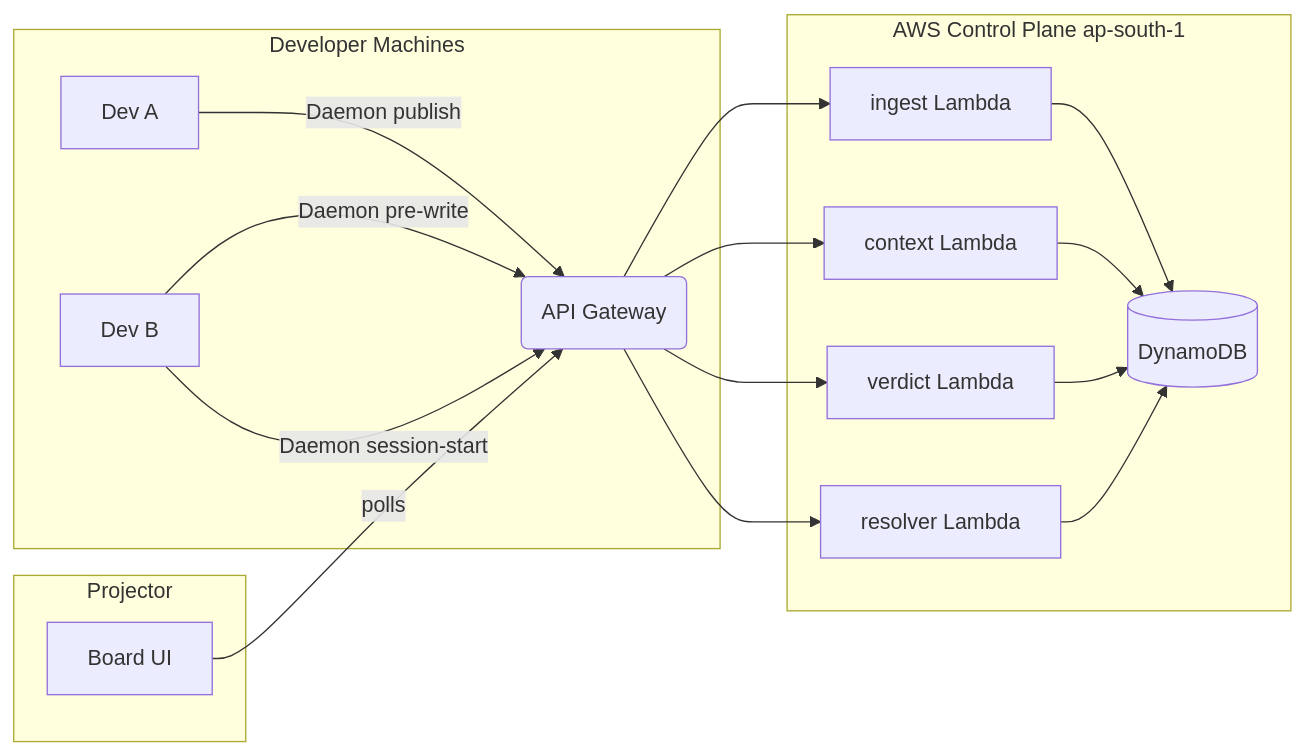
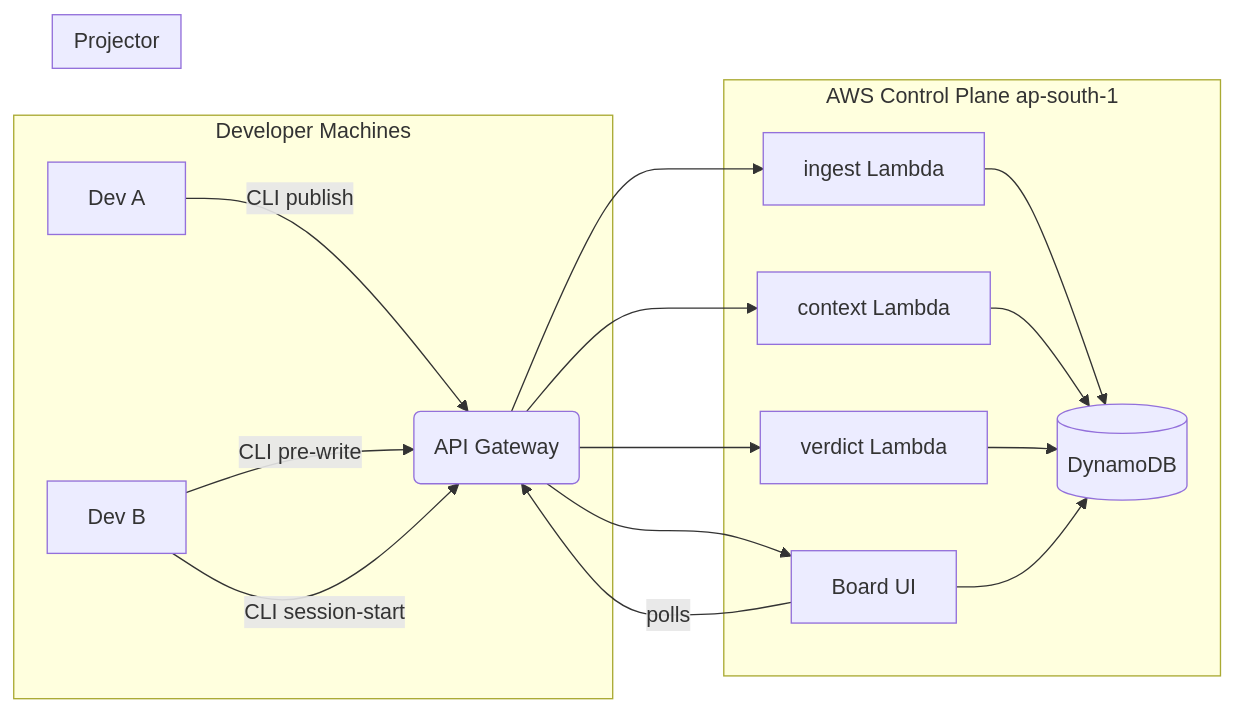
The diagram in README.md (ARYANPATEL-BIT/Merge-Lab), drawn with Mermaid before and after one commit. The commit also changed other lines of this file, not shown here.

Commit message:
docs: clarify CLI is a deliberate choice

````diff
--- a/README.md
+++ b/README.md
@@ -37,24 +37,24 @@
 ```mermaid
 flowchart LR
     subgraph Devs [Developer Machines]
-        A[Dev A] -->|Daemon publish| API
-        B[Dev B] -->|Daemon pre-write| API
-        B -->|Daemon session-start| API
+        A[Dev A] -->|CLI publish| API
+        B[Dev B] -->|CLI pre-write| API
+        B -->|CLI session-start| API
     end
 
     subgraph AWS [AWS Control Plane ap-south-1]
         API(API Gateway)
         API --> Ingest[ingest Lambda]
         API --> Context[context Lambda]
         API --> Verdict[verdict Lambda]
-        API --> Resolver[resolver Lambda]
+        API --> Board[board Lambda]
         Ingest --> DB[(DynamoDB)]
         Context --> DB
         Verdict --> DB
-        Resolver --> DB
+        Board --> DB
     end
 
     subgraph UI [Projector]
         Board[Board UI] -->|polls| API
     end
 ```
````
